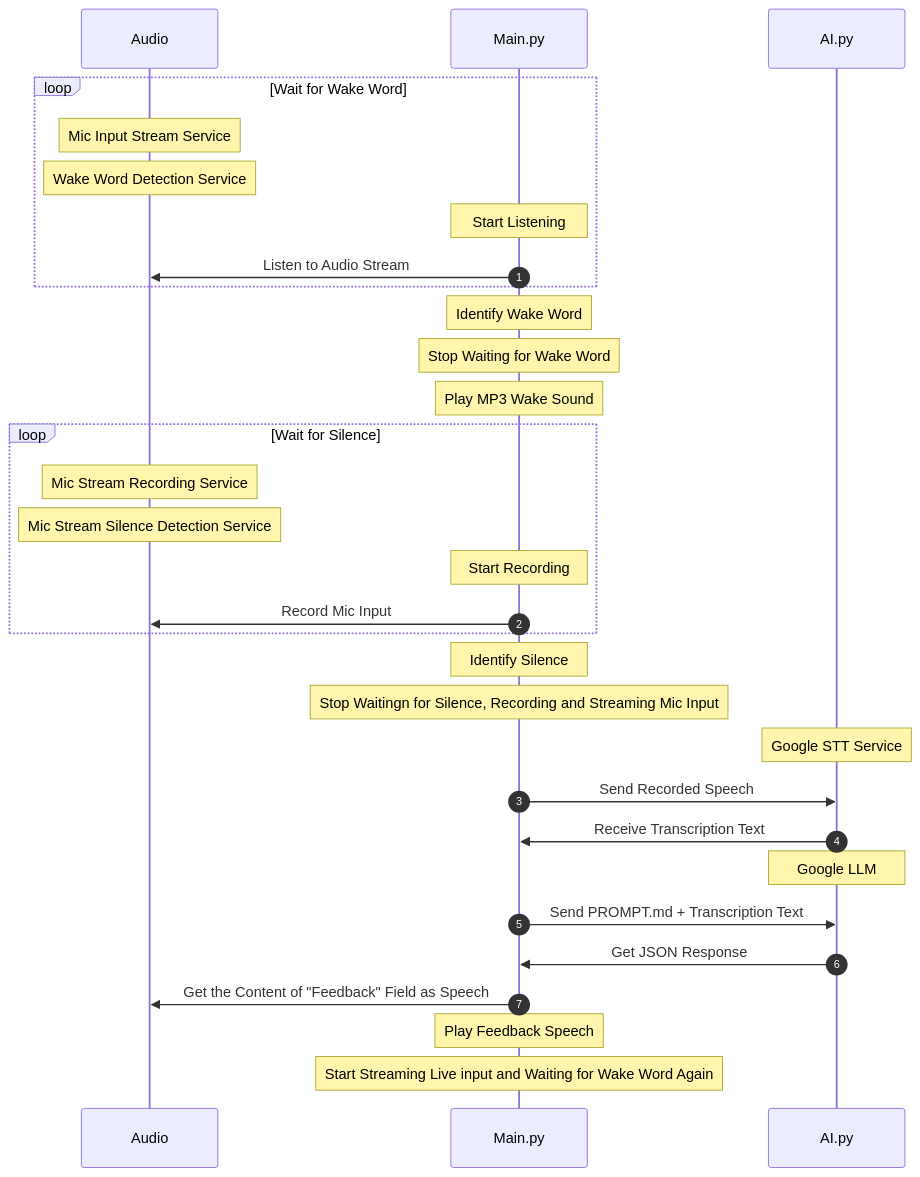
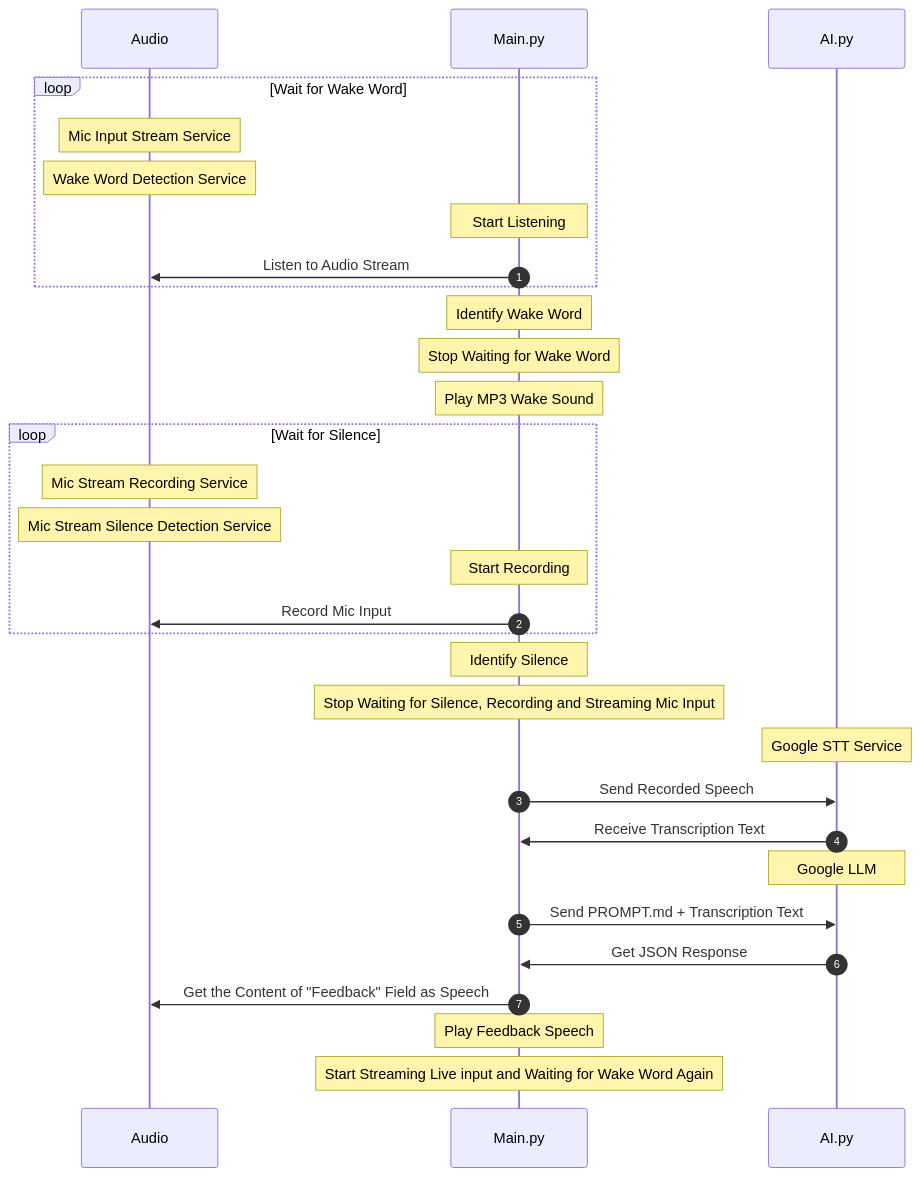
The diagram in SEQUENCEDIAGRAM.mmd (andresmascl/scrapbot.ai), drawn with Mermaid before and after one commit.

Commit message:
Sequence Diagram

```diff
--- a/SEQUENCEDIAGRAM.mmd
+++ b/SEQUENCEDIAGRAM.mmd
@@ -1,31 +1,31 @@
 sequenceDiagram
     participant Alice as Audio
     participant John as Main.py
     participant P1 as AI.py
     autonumber
     loop Wait for Wake Word
       Note over Alice: Mic Input Stream Service
       Note over Alice: Wake Word Detection Service
       Note over John: Start Listening
       John->>Alice: Listen to Audio Stream
     end
     Note over John: Identify Wake Word
     Note over John: Stop Waiting for Wake Word
     Note over John: Play MP3 Wake Sound
     loop Wait for Silence
       Note over Alice: Mic Stream Recording Service
       Note over Alice: Mic Stream Silence Detection Service
       Note over John: Start Recording
       John->>Alice: Record Mic Input
     end
     Note over John: Identify Silence
-    Note over John: Stop Waitingn for Silence, Recording and Streaming Mic Input
+    Note over John: Stop Waiting for Silence, Recording and Streaming Mic Input
     Note over P1: Google STT Service
     John->>P1: Send Recorded Speech
     P1->>John: Receive Transcription Text
     Note over P1: Google LLM
     John->>P1: Send PROMPT.md + Transcription Text
     P1->>John: Get JSON Response
     John->>Alice: Get the Content of "Feedback" Field as Speech
     Note over John: Play Feedback Speech
     Note over John: Start Streaming Live input and Waiting for Wake Word Again
```
